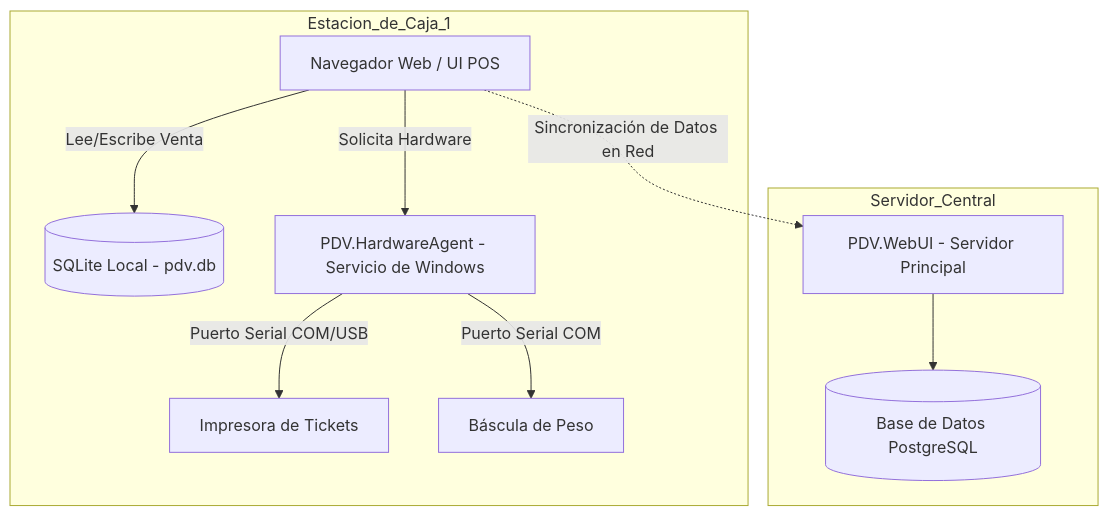
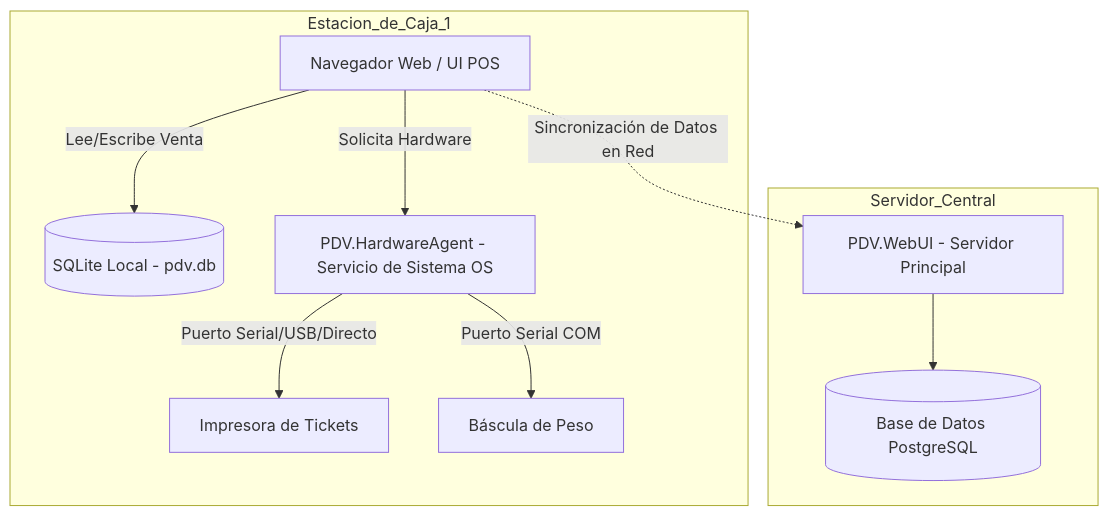
The diagram in DEPLOYMENT.md (Aletsis/PDV), drawn with Mermaid before and after one commit. The commit also changed other lines of this file and 2 other files, not shown here.

Commit message:
docs: actualizar documentacion de hardware agent a multiplataforma y corregir enlaces de README

````diff
--- a/DEPLOYMENT.md
+++ b/DEPLOYMENT.md
@@ -11,23 +11,23 @@
 ```mermaid
 graph TD
     subgraph Servidor_Central
         WebUI_Server[PDV.WebUI - Servidor Principal]
         DB_Postgres[(Base de Datos PostgreSQL)]
         WebUI_Server --> DB_Postgres
     end
 
     subgraph Estacion_de_Caja_1
         Browser_1[Navegador Web / UI POS]
         DB_SQLite_1[(SQLite Local - pdv.db)]
-        HardwareAgent_1[PDV.HardwareAgent - Servicio de Windows]
+        HardwareAgent_1[PDV.HardwareAgent - Servicio de Sistema OS]
         Printer_1[Impresora de Tickets]
         Scale_1[Báscula de Peso]
 
         Browser_1 -->|Lee/Escribe Venta| DB_SQLite_1
         Browser_1 -->|Solicita Hardware| HardwareAgent_1
-        HardwareAgent_1 -->|Puerto Serial COM/USB| Printer_1
+        HardwareAgent_1 -->|Puerto Serial/USB/Directo| Printer_1
         HardwareAgent_1 -->|Puerto Serial COM| Scale_1
     end
 
     Browser_1 -.->|Sincronización de Datos en Red| WebUI_Server
 ```
````
